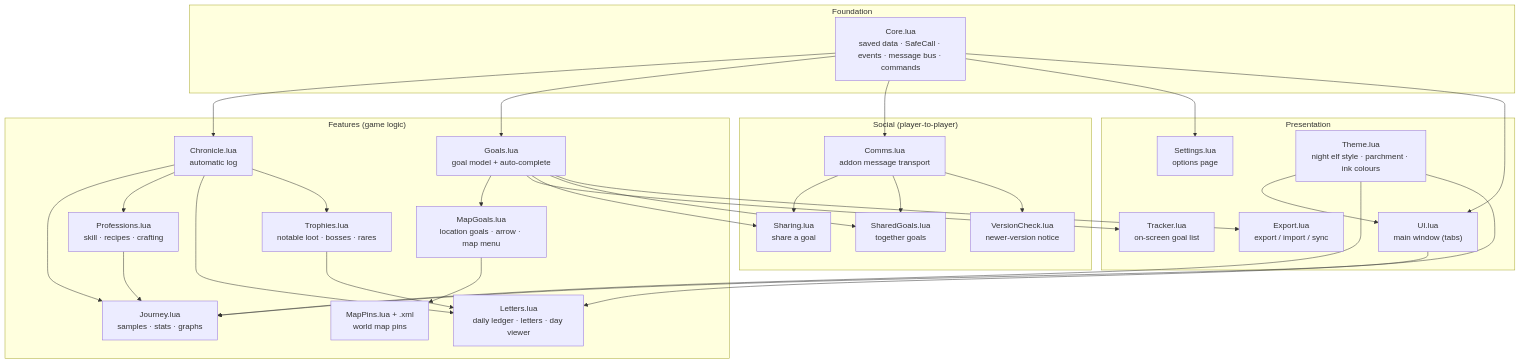
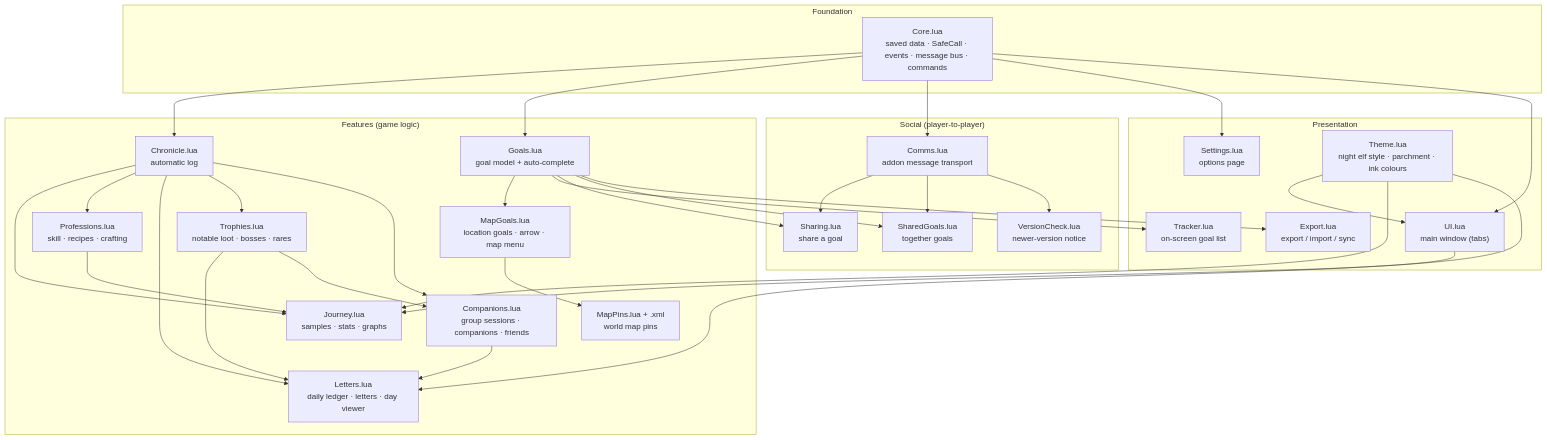
Before and after one commit to SaffronG/ForeverChronicler: the second of 12 diagrams in docs/Topology.md, drawn with Mermaid. The commit also changed other lines of this file and 15 other files, not shown here.

First line of the commit message:
Release 0.9.0: remember companions, group sessions and friends made

````diff
--- a/docs/Topology.md
+++ b/docs/Topology.md
@@ -72,45 +72,49 @@
 ```mermaid
 flowchart TB
     subgraph Foundation
         Core["Core.lua<br/>saved data · SafeCall · events · message bus · commands"]
     end
     subgraph Features["Features (game logic)"]
         Chronicle["Chronicle.lua<br/>automatic log"]
         Goals["Goals.lua<br/>goal model + auto-complete"]
         MapGoals["MapGoals.lua<br/>location goals · arrow · map menu"]
         MapPins["MapPins.lua + .xml<br/>world map pins"]
         Journey["Journey.lua<br/>samples · stats · graphs"]
         Professions["Professions.lua<br/>skill · recipes · crafting"]
         Letters["Letters.lua<br/>daily ledger · letters · day viewer"]
         Trophies["Trophies.lua<br/>notable loot · bosses · rares"]
+        Companions["Companions.lua<br/>group sessions · companions · friends"]
     end
     subgraph Social["Social (player-to-player)"]
         Comms["Comms.lua<br/>addon message transport"]
         Sharing["Sharing.lua<br/>share a goal"]
         Shared["SharedGoals.lua<br/>together goals"]
         Version["VersionCheck.lua<br/>newer-version notice"]
     end
     subgraph Presentation["Presentation"]
         Tracker["Tracker.lua<br/>on-screen goal list"]
         UI["UI.lua<br/>main window (tabs)"]
         Settings["Settings.lua<br/>options page"]
         Theme["Theme.lua<br/>night elf style · parchment · ink colours"]
         Export["Export.lua<br/>export / import / sync"]
     end
 
     Core --> Chronicle & Goals & Comms & Settings & UI
     Theme --> UI & Journey
     Goals --> MapGoals --> MapPins
     Goals --> Tracker
     Comms --> Sharing & Shared & Version
     Goals --> Sharing & Shared
     Chronicle --> Journey
     UI --> Journey
     Chronicle --> Professions
     Professions --> Journey
     Chronicle --> Letters
     Theme --> Letters
     Chronicle --> Trophies
     Trophies --> Letters
+    Chronicle --> Companions
+    Trophies --> Companions
+    Companions --> Letters
     Goals --> Export
 ```
````
